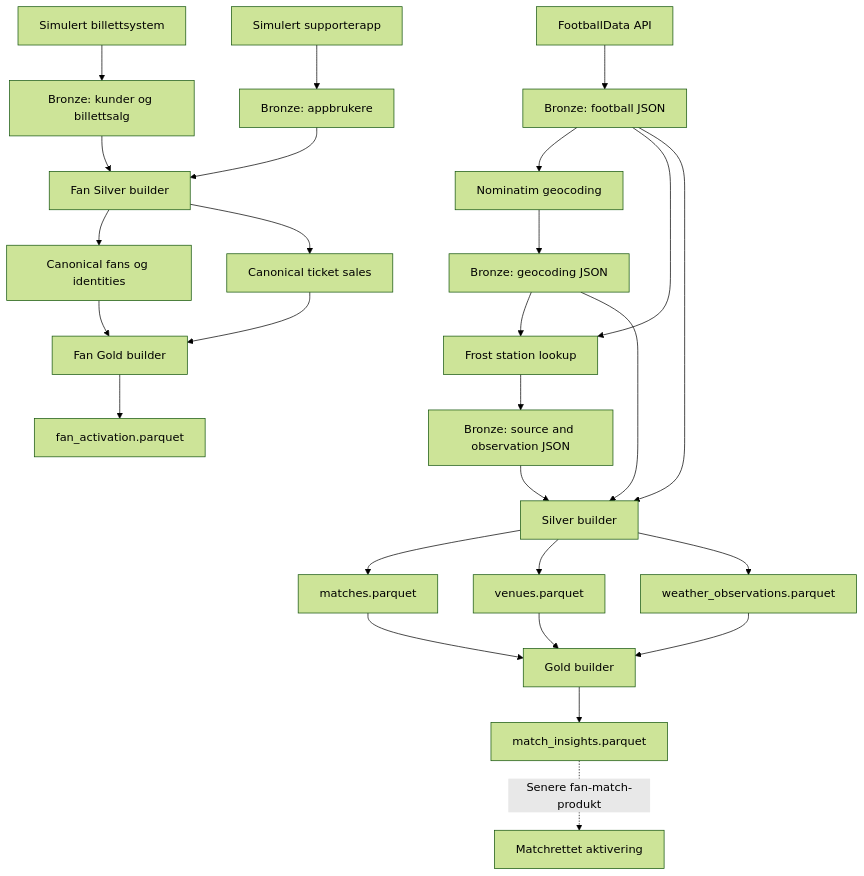
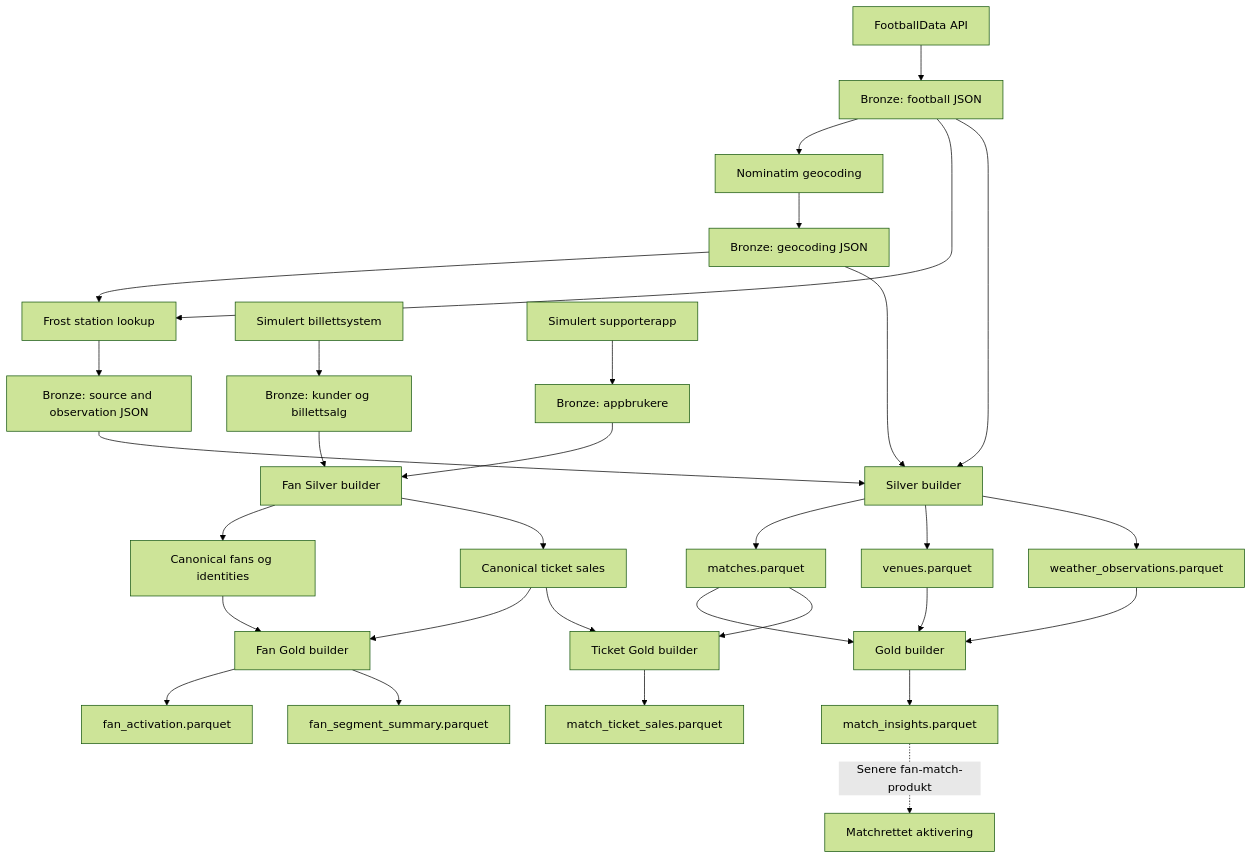
The first of 2 diagrams in README.md (NilsenTommy/club-data-platform), drawn with Mermaid (forest theme) before and after one commit. The commit also changed other lines of this file and 19 other files, not shown here.

First line of the commit message:
Add portfolio export and ticket sales gold

````diff
--- a/README.md
+++ b/README.md
@@ -69,29 +69,33 @@
 ```mermaid
 flowchart TD
 		FD[FootballData API] --> BF[Bronze: football JSON]
 		BF --> N[Nominatim geocoding]
 		N --> BG[Bronze: geocoding JSON]
 		BF --> F[Frost station lookup]
 		BG --> F
 		F --> BW[Bronze: source and observation JSON]
 		BF --> S[Silver builder]
 		BG --> S
 		BW --> S
 		S --> SM[matches.parquet]
 		S --> SV[venues.parquet]
 		S --> SW[weather_observations.parquet]
 		SM --> G[Gold builder]
 		SV --> G
 		SW --> G
 		G --> GM[match_insights.parquet]
 		TS[Simulert billettsystem] --> BTS[Bronze: kunder og billettsalg]
 		SA[Simulert supporterapp] --> BAS[Bronze: appbrukere]
 		BTS --> FS[Fan Silver builder]
 		BAS --> FS
 		FS --> CF[Canonical fans og identities]
 		FS --> CS[Canonical ticket sales]
 		CF --> FG[Fan Gold builder]
 		CS --> FG
 		FG --> FA[fan_activation.parquet]
+		FG --> FSS[fan_segment_summary.parquet]
+		SM --> TG[Ticket Gold builder]
+		CS --> TG
+		TG --> MTS[match_ticket_sales.parquet]
 		GM -. Senere fan-match-produkt .-> FI[Matchrettet aktivering]
 ```
````
